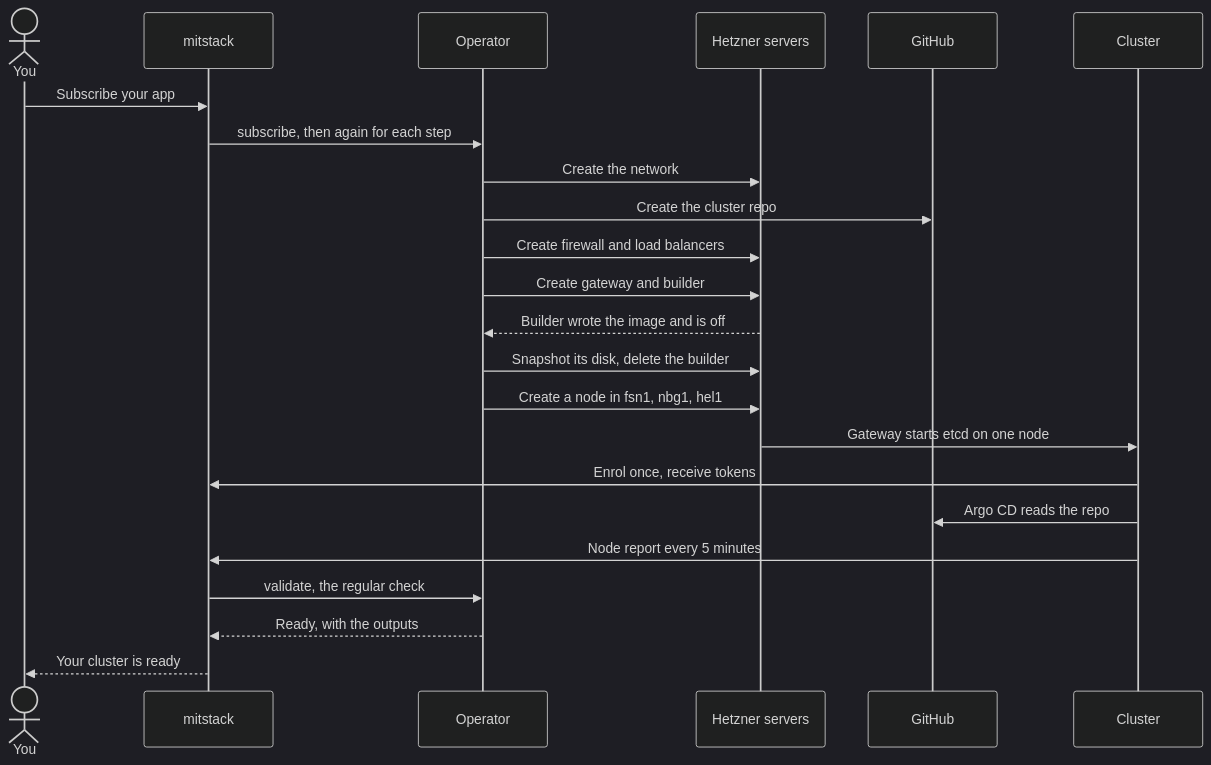
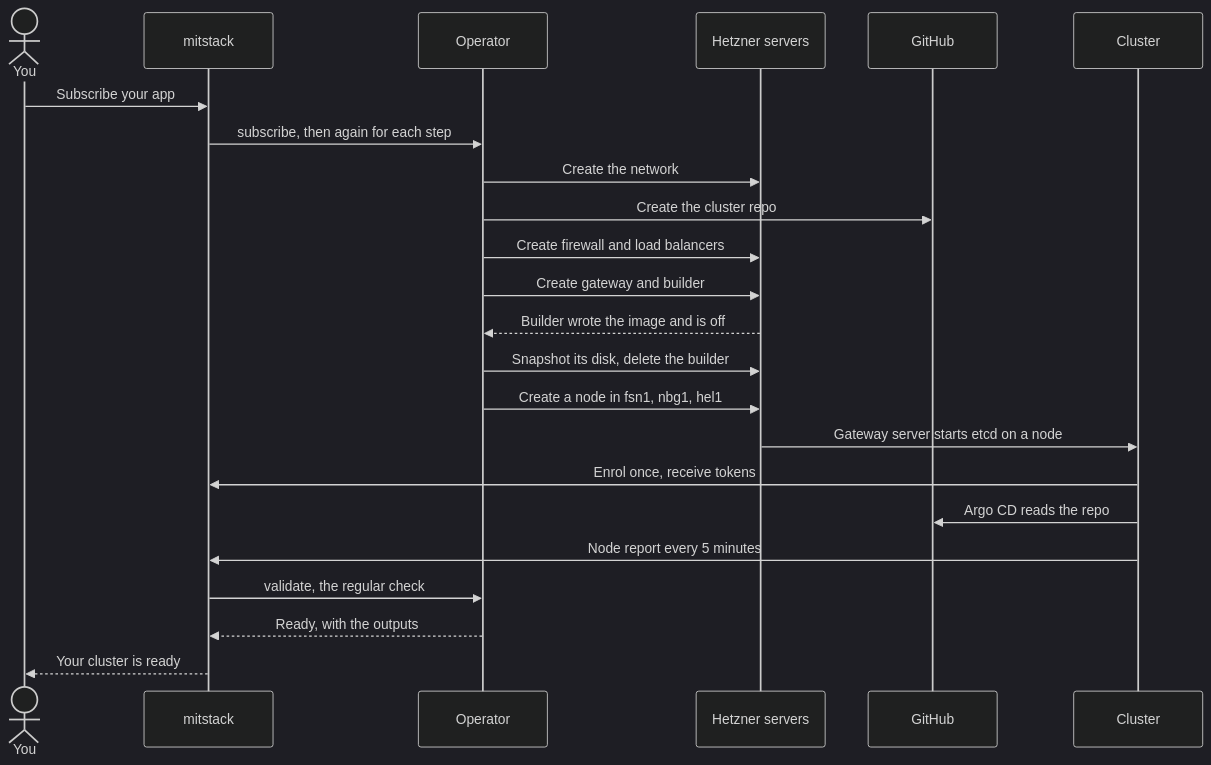
The second of 2 diagrams in README.md (mitstack-eu/hcloud-talos-cluster), drawn with Mermaid (dark theme) before and after one commit. The commit also changed other lines of this file, not shown here.

Commit message:
MIT-5267: the README's flowchart runs top-down and step 3 says what to commit

````diff
--- a/README.md
+++ b/README.md
@@ -61,25 +62,25 @@
 ```mermaid
 sequenceDiagram
     actor You
     participant M as mitstack
     participant O as Operator
     participant H as Hetzner servers
     participant G as GitHub
     participant C as Cluster
     You->>M: Subscribe your app
     M->>O: subscribe, then again for each step
     O->>H: Create the network
     O->>G: Create the cluster repo
     O->>H: Create firewall and load balancers
     O->>H: Create gateway and builder
     H-->>O: Builder wrote the image and is off
     O->>H: Snapshot its disk, delete the builder
     O->>H: Create a node in fsn1, nbg1, hel1
-    H->>C: Gateway starts etcd on one node
+    H->>C: Gateway server starts etcd on a node
     C->>M: Enrol once, receive tokens
     C->>G: Argo CD reads the repo
     C->>M: Node report every 5 minutes
     M->>O: validate, the regular check
     O-->>M: Ready, with the outputs
     M-->>You: Your cluster is ready
 ```
````
